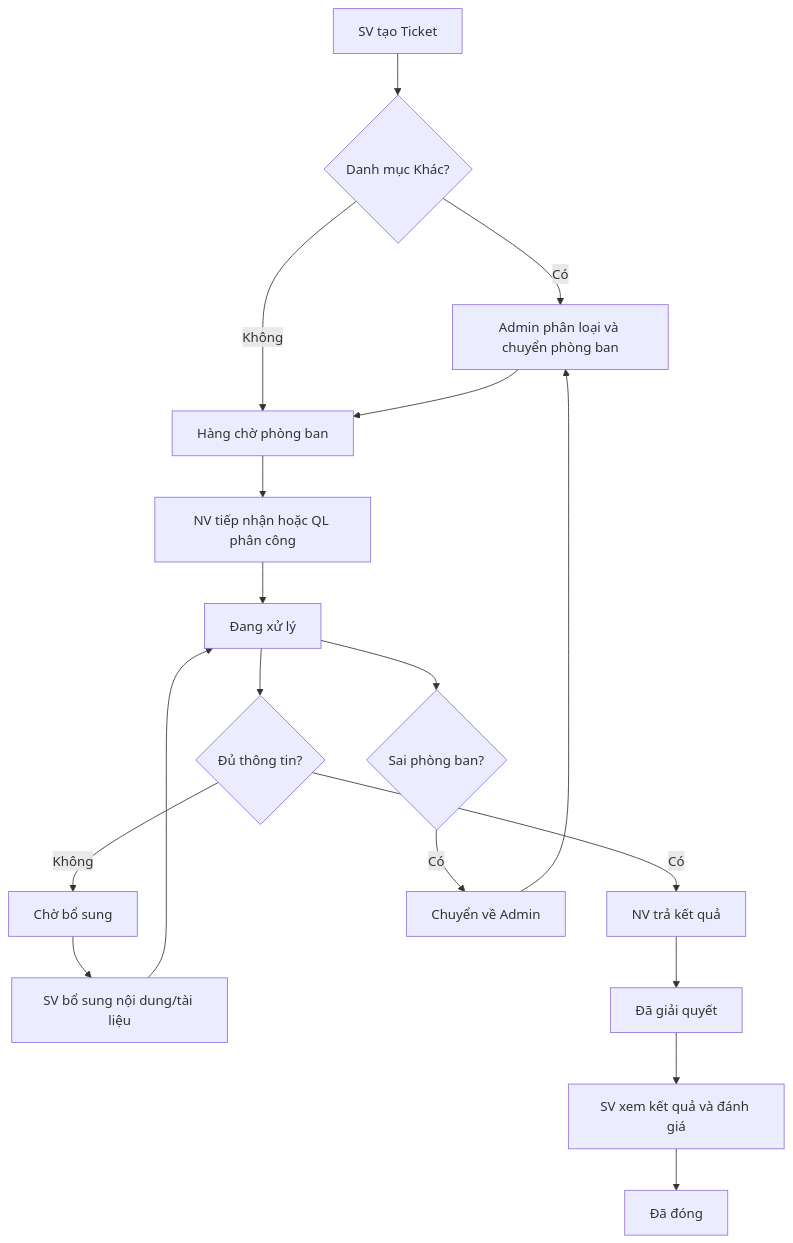
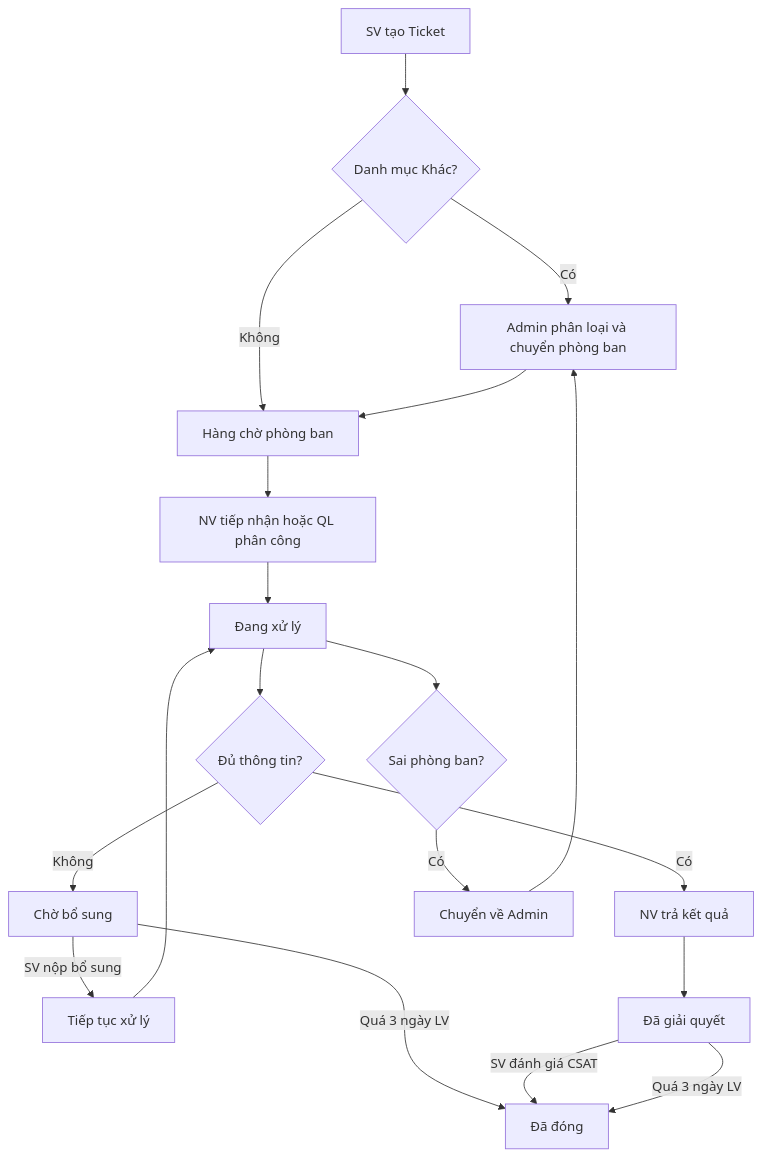
One commit to IvyPear/UniSupport changed the diagram in docs/workflows/01-luong-hoat-dong-Ticket.md. Above: the diagram before and after it, drawn with Mermaid. The commit also changed other lines of this file and 10 other files, not shown here.

Commit message:
docs: add initial domain documentation, PRDs, ERD, and workflow guides

````diff
--- a/docs/workflows/01-luong-hoat-dong-Ticket.md
+++ b/docs/workflows/01-luong-hoat-dong-Ticket.md
@@ -9,20 +9,21 @@
 ```mermaid
 flowchart TD
  A[SV tạo Ticket] --> B{Danh mục Khác?}
  B -->|Có| C[Admin phân loại và chuyển phòng ban]
  B -->|Không| D[Hàng chờ phòng ban]
  C --> D
  D --> E[NV tiếp nhận hoặc QL phân công]
  E --> G[Đang xử lý]
  G --> H{Đủ thông tin?}
  H -->|Không| I[Chờ bổ sung]
- I --> J[SV bổ sung nội dung/tài liệu]
+ I -->|SV nộp bổ sung| J[Tiếp tục xử lý]
  J --> G
+ I -->|Quá 3 ngày LV| P[Đã đóng]
  H -->|Có| K[NV trả kết quả]
  G --> L{Sai phòng ban?}
  L -->|Có| M[Chuyển về Admin]
  M --> C
  K --> N[Đã giải quyết]
- N --> O[SV xem kết quả và đánh giá]
- O --> P[Đã đóng]
+ N -->|SV đánh giá CSAT| P
+ N -->|Quá 3 ngày LV| P
 ```
````
